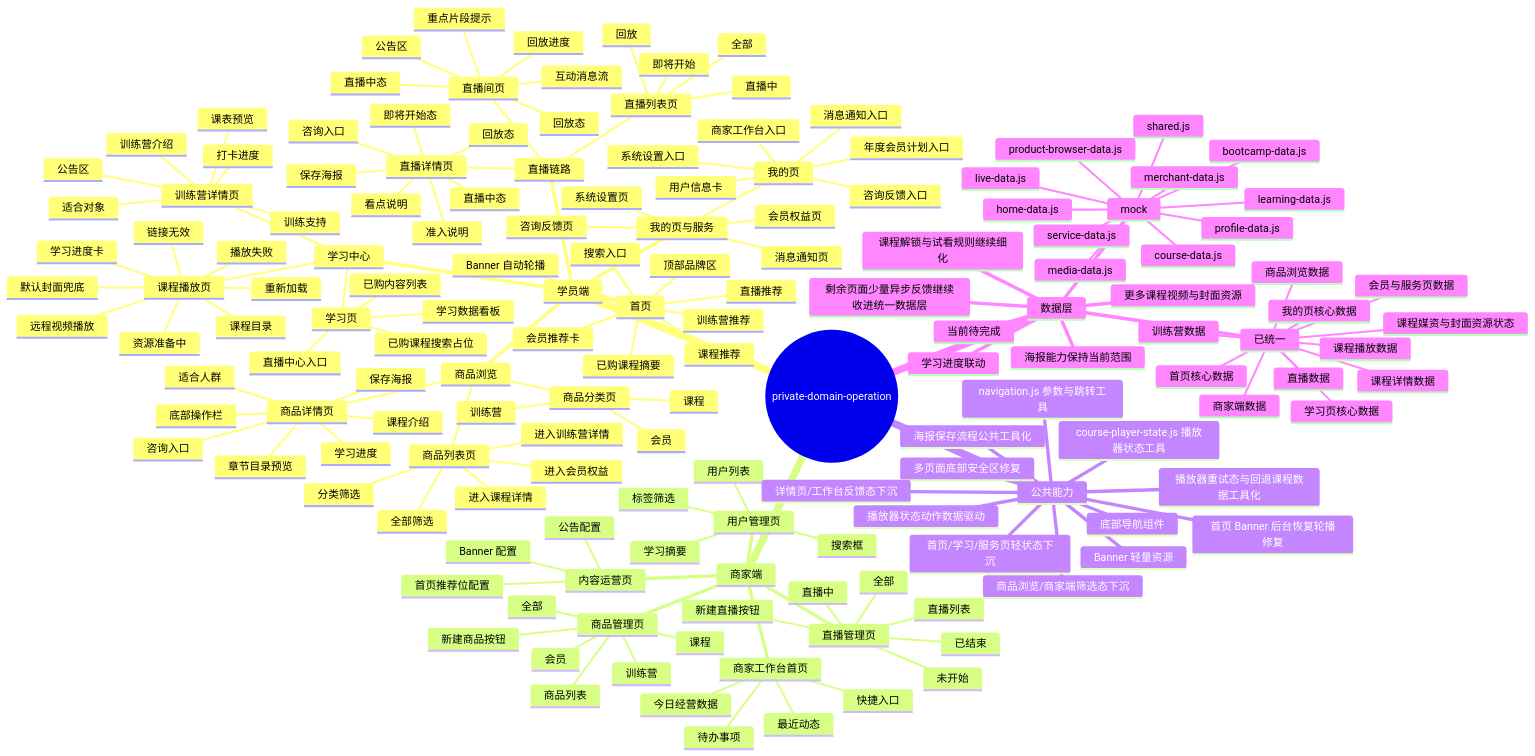
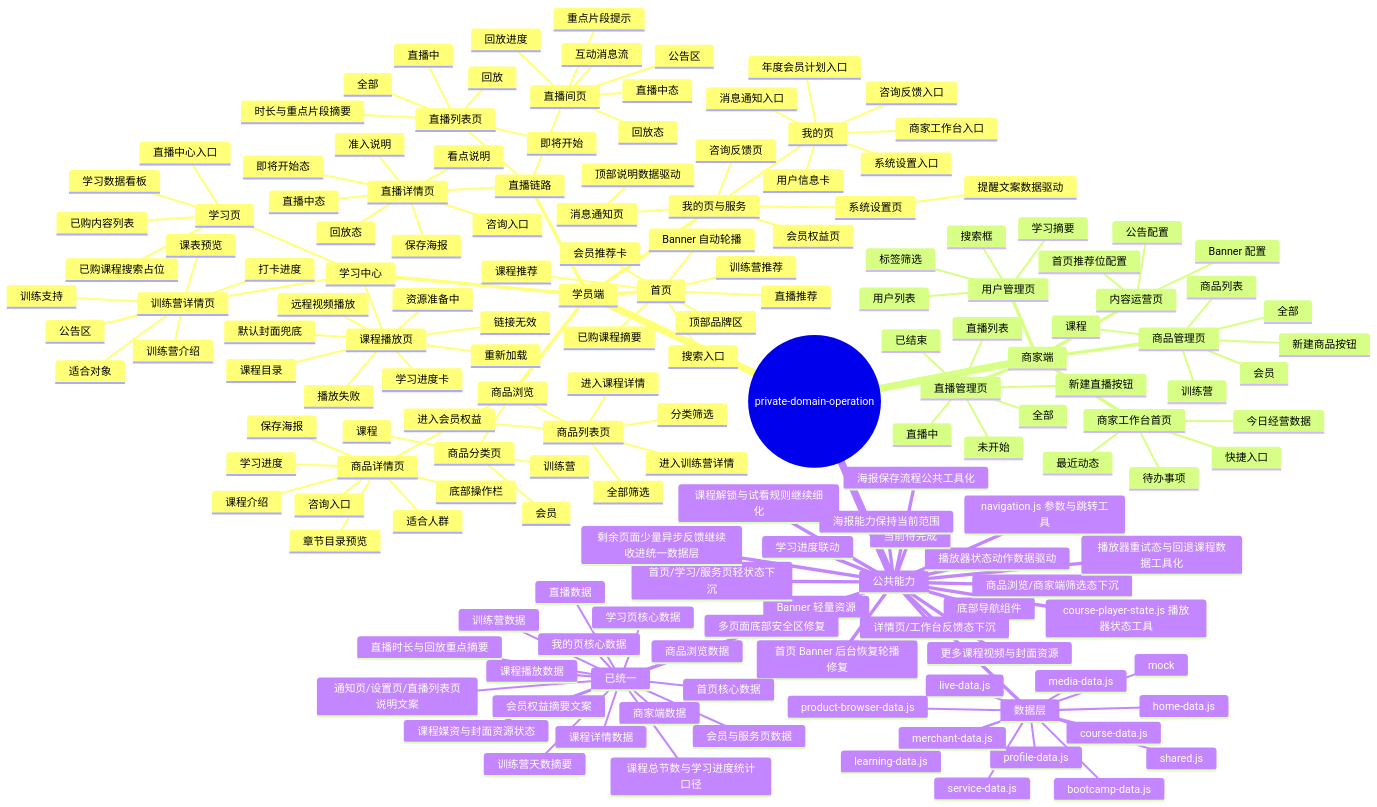
One commit to gerryyang2025/wechat-miniprogram changed the diagram in private-domain-operation/docs/FEATURE_MINDMAP.md. Above: the diagram before and after it, drawn with Mermaid. The commit also changed other lines of this file and 13 other files, not shown here.

```diff
--- a/private-domain-operation/docs/FEATURE_MINDMAP.md
+++ b/private-domain-operation/docs/FEATURE_MINDMAP.md
@@ -77,6 +77,7 @@
           即将开始
           直播中
           回放
+          时长与重点片段摘要
         直播详情页
           即将开始态
           直播中态
@@ -102,8 +103,10 @@
           系统设置入口
         会员权益页
         消息通知页
+          顶部说明数据驱动
         咨询反馈页
         系统设置页
+          提醒文案数据驱动
     商家端
       商家工作台首页
         今日经营数据
@@ -146,8 +149,8 @@
       海报保存流程公共工具化
       播放器状态动作数据驱动
       播放器重试态与回退课程数据工具化
-    数据层
-      mock
+      数据层
+        mock
         shared.js
         media-data.js
         home-data.js
@@ -171,6 +174,11 @@
         商家端数据
         会员与服务页数据
         课程媒资与封面资源状态
+        课程总节数与学习进度统计口径
+        训练营天数摘要
+        直播时长与回放重点摘要
+        会员权益摘要文案
+        通知页/设置页/直播列表页说明文案
       当前待完成
       学习进度联动
       课程解锁与试看规则继续细化
```
